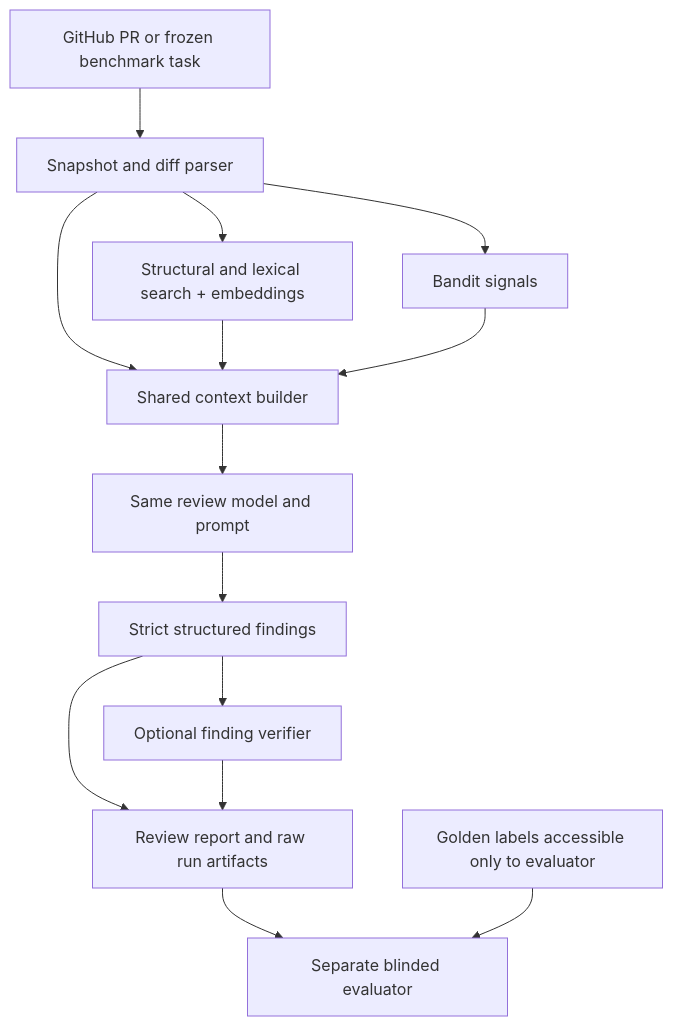
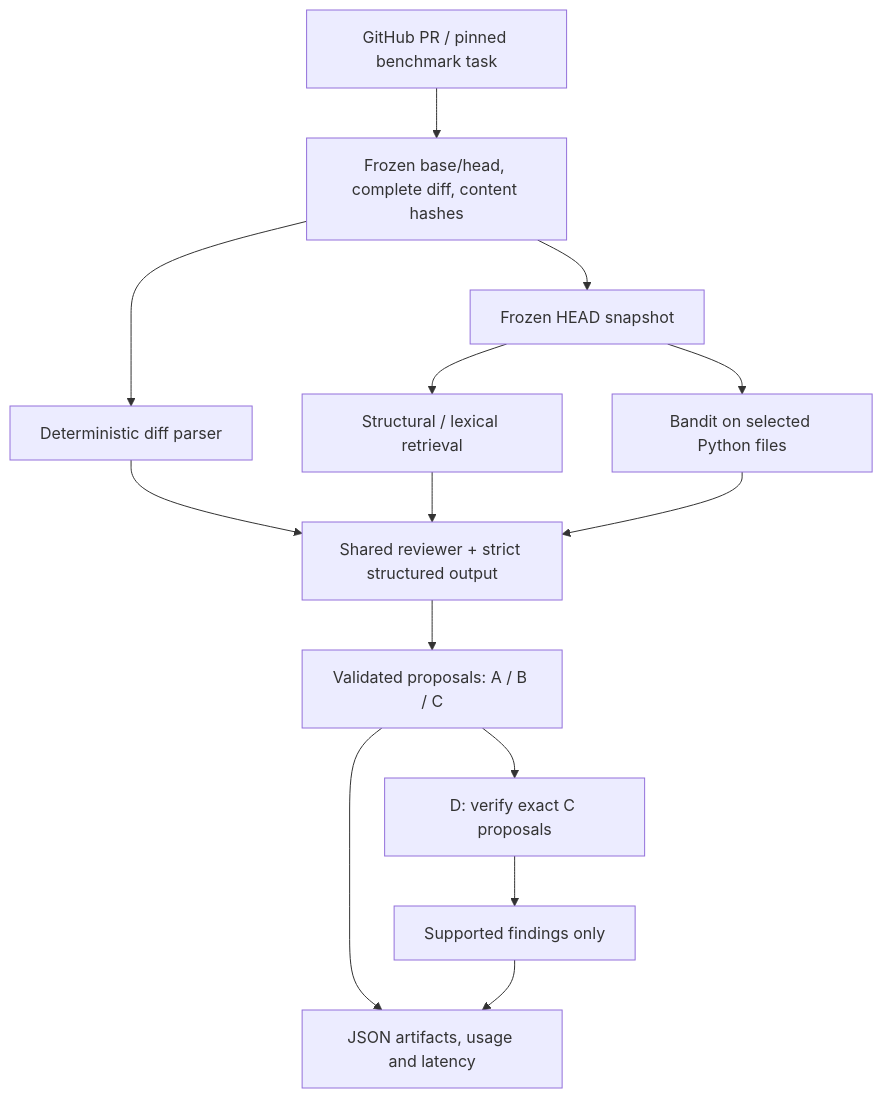
The diagram in README.md (mughil05/context-aware-code-review), drawn with Mermaid before and after one commit. The commit also changed other lines of this file, not shown here.

Commit message:
Update README with final evaluation results

````diff
--- a/README.md
+++ b/README.md
@@ -81,16 +39,16 @@
 ```mermaid
 flowchart TD
-    A[GitHub PR or frozen benchmark task] --> B[Snapshot and diff parser]
-    B --> C[Shared context builder]
-    B --> R[Structural and lexical search + embeddings]
-    R --> C
-    B --> S[Bandit signals]
-    S --> C
-    C --> L[Same review model and prompt]
-    L --> F[Strict structured findings]
-    F --> V[Optional finding verifier]
-    F --> O[Review report and raw run artifacts]
-    V --> O
-    O --> E[Separate blinded evaluator]
-    G[Golden labels accessible only to evaluator] --> E
+    PR[GitHub PR / pinned benchmark task] --> INPUT[Frozen base/head, complete diff, content hashes]
+    INPUT --> DIFF[Deterministic diff parser]
+    INPUT --> SNAP[Frozen HEAD snapshot]
+    SNAP --> RET[Structural / lexical retrieval]
+    SNAP --> BANDIT[Bandit on selected Python files]
+    DIFF --> REVIEW[Shared reviewer + strict structured output]
+    RET --> REVIEW
+    BANDIT --> REVIEW
+    REVIEW --> PROPOSALS[Validated proposals: A / B / C]
+    PROPOSALS --> VERIFY[D: verify exact C proposals]
+    VERIFY --> FINAL[Supported findings only]
+    PROPOSALS --> SAVE[JSON artifacts, usage and latency]
+    FINAL --> SAVE
 ```
````
